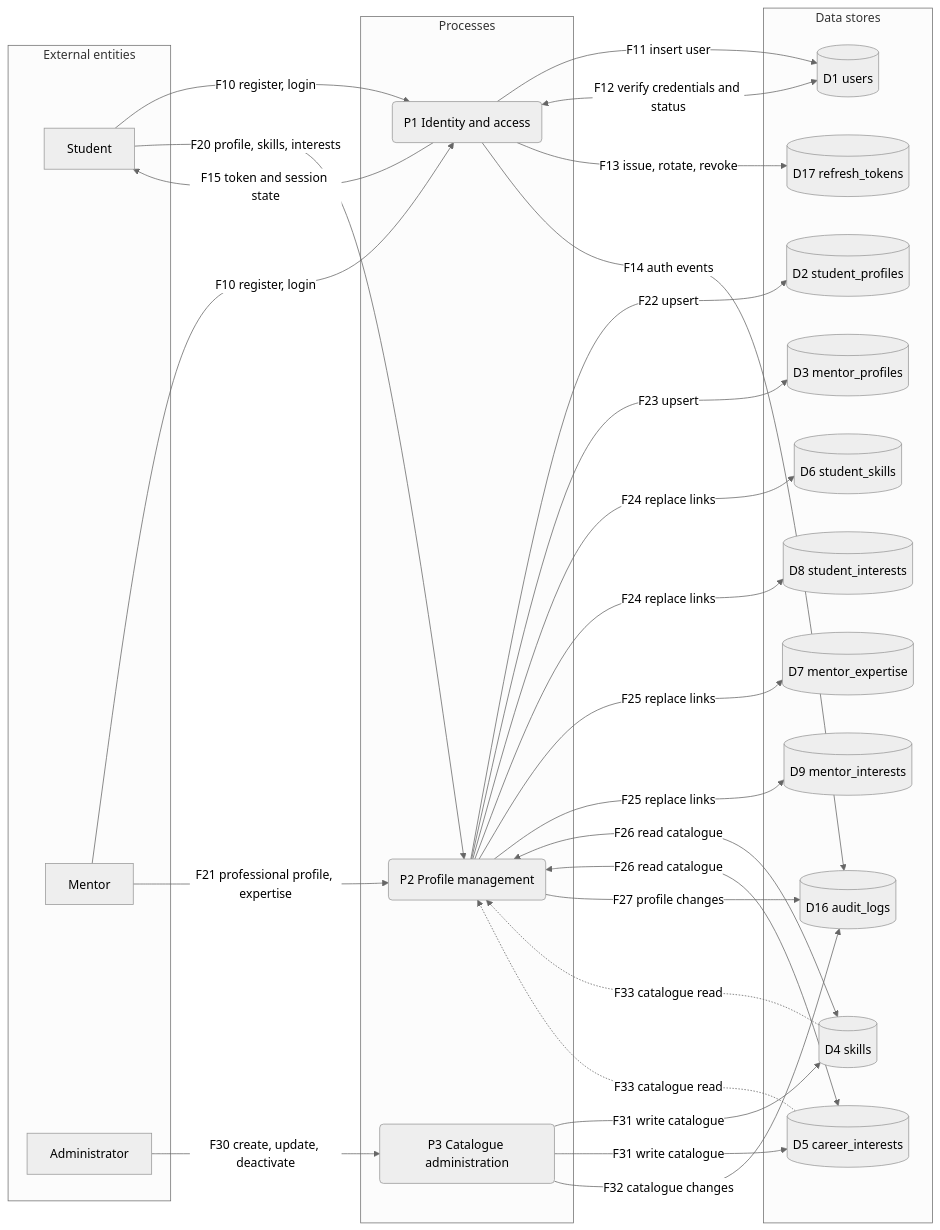
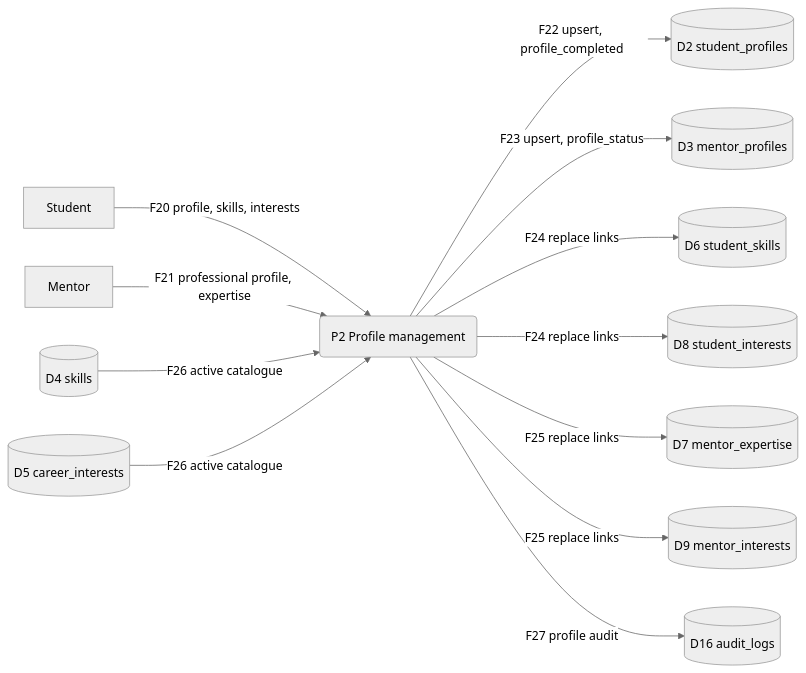
One commit to geeky-hamster/mentoring_platform changed the third of 14 diagrams in docs/database/DFD.md. Above: the diagram before and after it, drawn with Mermaid (neutral theme). The commit also changed other lines of this file and 33 other files, not shown here.

Commit message:
docs(database): render ERD and per-process DFDs, embed in README

````diff
--- a/docs/database/DFD.md
+++ b/docs/database/DFD.md
@@ -96,56 +127,29 @@
 ```mermaid
 flowchart LR
-    subgraph ENT[External entities]
-        S[Student]
-        M[Mentor]
-        A[Administrator]
-    end
+    S[Student]
+    M[Mentor]
 
-    subgraph PROC[Processes]
-        P1(P1 Identity and access)
-        P2(P2 Profile management)
-        P3(P3 Catalogue administration)
-    end
+    P2(P2 Profile management)
 
-    subgraph STORE[Data stores]
-        D1[(D1 users)]
-        D2[(D2 student_profiles)]
-        D3[(D3 mentor_profiles)]
-        D4[(D4 skills)]
-        D5[(D5 career_interests)]
-        D6[(D6 student_skills)]
-        D7[(D7 mentor_expertise)]
-        D8[(D8 student_interests)]
-        D9[(D9 mentor_interests)]
-        D16[(D16 audit_logs)]
-        D17[(D17 refresh_tokens)]
-    end
-
-    S -->|F10 register, login| P1
-    M -->|F10 register, login| P1
-    P1 -->|F11 insert user| D1
-    P1 <-->|F12 verify credentials and status| D1
-    P1 -->|F13 issue, rotate, revoke| D17
-    P1 -->|F14 auth events| D16
-    P1 -->|F15 token and session state| S
+    D2[(D2 student_profiles)]
+    D3[(D3 mentor_profiles)]
+    D4[(D4 skills)]
+    D5[(D5 career_interests)]
+    D6[(D6 student_skills)]
+    D7[(D7 mentor_expertise)]
+    D8[(D8 student_interests)]
+    D9[(D9 mentor_interests)]
+    D16[(D16 audit_logs)]
 
     S -->|F20 profile, skills, interests| P2
     M -->|F21 professional profile, expertise| P2
-    P2 -->|F22 upsert| D2
-    P2 -->|F23 upsert| D3
+    P2 -->|F22 upsert, profile_completed| D2
+    P2 -->|F23 upsert, profile_status| D3
     P2 -->|F24 replace links| D6
     P2 -->|F24 replace links| D8
     P2 -->|F25 replace links| D7
     P2 -->|F25 replace links| D9
-    P2 <-->|F26 read catalogue| D4
-    P2 <-->|F26 read catalogue| D5
-    P2 -->|F27 profile changes| D16
-
-    A -->|F30 create, update, deactivate| P3
-    P3 -->|F31 write catalogue| D4
-    P3 -->|F31 write catalogue| D5
-    P3 -->|F32 catalogue changes| D16
-
-    D4 -.->|F33 catalogue read| P2
-    D5 -.->|F33 catalogue read| P2
+    D4 -->|F26 active catalogue| P2
+    D5 -->|F26 active catalogue| P2
+    P2 -->|F27 profile audit| D16
 ```
````
